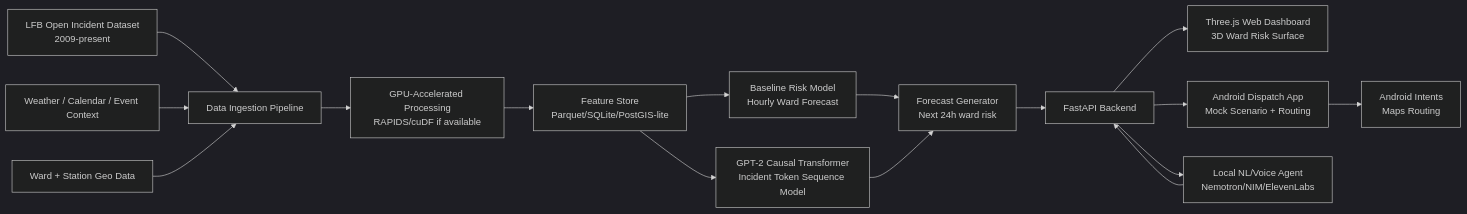
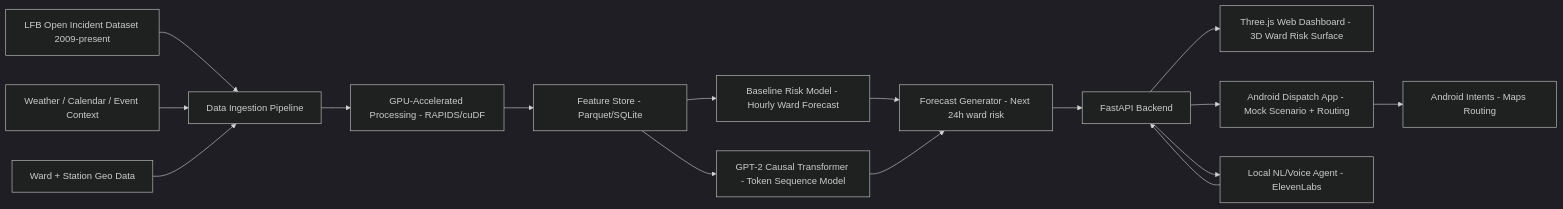
One commit to Hha21/Hackathon_NVIDIALONDON changed the first of 4 diagrams in README.md. Above: the diagram before and after it, drawn with Mermaid (dark theme). The commit also changed other lines of this file, not shown here.

Commit message:
Fix Mermaid diagrams: remove <br/> tags unsupported by GitHub renderer

````diff
--- a/README.md
+++ b/README.md
@@ -118,24 +118,24 @@
 ```mermaid
 flowchart LR
-    A[LFB Open Incident Dataset<br/>2009-present] --> B[Data Ingestion Pipeline]
+    A[LFB Open Incident Dataset 2009-present] --> B[Data Ingestion Pipeline]
     W[Weather / Calendar / Event Context] --> B
     G[Ward + Station Geo Data] --> B
 
-    B --> C[GPU-Accelerated Processing<br/>RAPIDS/cuDF if available]
-    C --> D[Feature Store<br/>Parquet/SQLite/PostGIS-lite]
+    B --> C[GPU-Accelerated Processing - RAPIDS/cuDF]
+    C --> D[Feature Store - Parquet/SQLite]
 
-    D --> E1[Baseline Risk Model<br/>Hourly Ward Forecast]
-    D --> E2[GPT-2 Causal Transformer<br/>Incident Token Sequence Model]
+    D --> E1[Baseline Risk Model - Hourly Ward Forecast]
+    D --> E2[GPT-2 Causal Transformer - Token Sequence Model]
 
-    E1 --> F[Forecast Generator<br/>Next 24h ward risk]
+    E1 --> F[Forecast Generator - Next 24h ward risk]
     E2 --> F
 
     F --> H[FastAPI Backend]
 
-    H --> I[Three.js Web Dashboard<br/>3D Ward Risk Surface]
-    H --> J[Android Dispatch App<br/>Mock Scenario + Routing]
-    H --> K[Local NL/Voice Agent<br/>Nemotron/NIM/ElevenLabs]
+    H --> I[Three.js Web Dashboard - 3D Ward Risk Surface]
+    H --> J[Android Dispatch App - Mock Scenario + Routing]
+    H --> K[Local NL/Voice Agent - ElevenLabs]
 
-    J --> L[Android Intents<br/>Maps Routing]
+    J --> L[Android Intents - Maps Routing]
     K --> H
 ```
````
